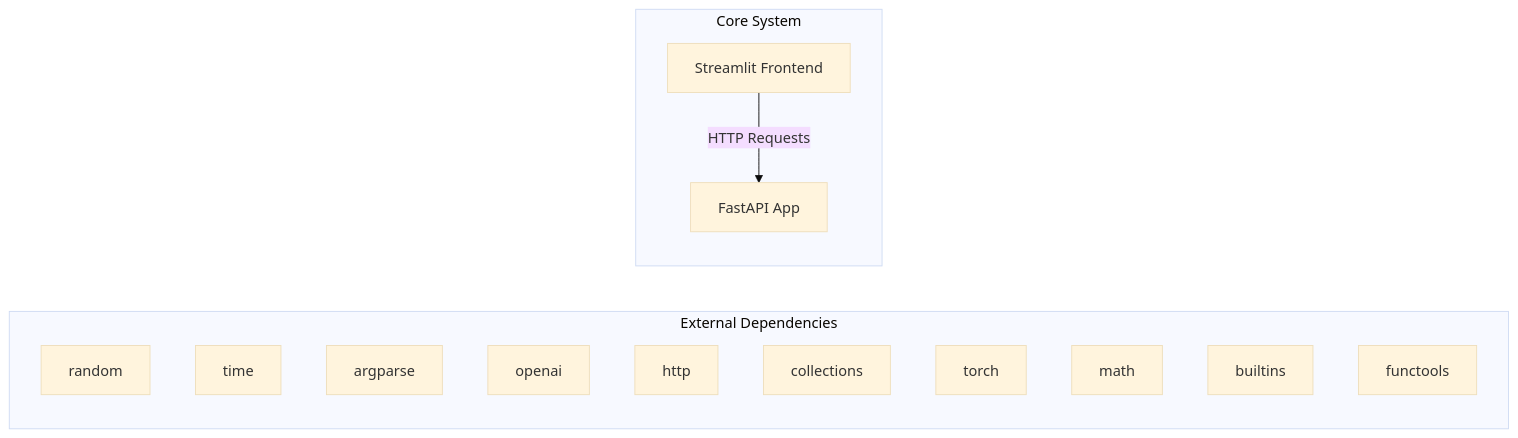
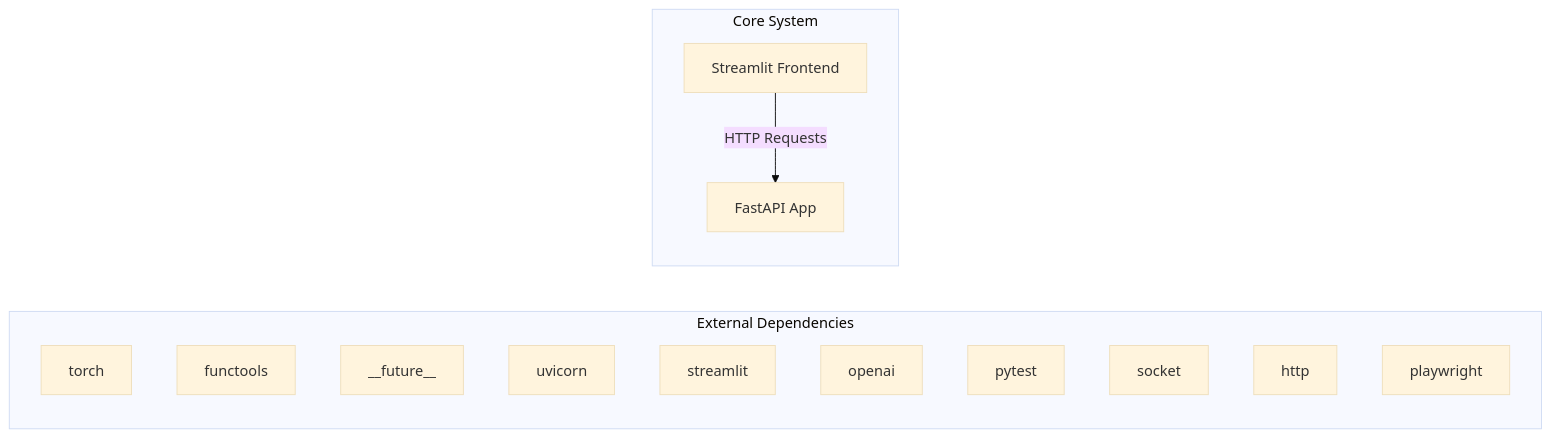
The first of 2 diagrams in docs/architecture.md (NITISH-R-G/rag-context-optimizer), drawn with Mermaid (base theme) before and after one commit. The commit also changed 1 other file, not shown here.

Commit message:
docs: auto-update repository knowledge, architecture diagrams, and documentation

````diff
--- a/docs/architecture.md
+++ b/docs/architecture.md
@@ -7,20 +7,20 @@
 ```mermaid
 graph LR
     subgraph External Dependencies
-        E0["random"]
-        E1["time"]
-        E2["argparse"]
-        E3["openai"]
-        E4["http"]
-        E5["collections"]
-        E6["torch"]
-        E7["math"]
-        E8["builtins"]
-        E9["functools"]
+        E0["torch"]
+        E1["functools"]
+        E2["__future__"]
+        E3["uvicorn"]
+        E4["streamlit"]
+        E5["openai"]
+        E6["pytest"]
+        E7["socket"]
+        E8["http"]
+        E9["playwright"]
     end
     subgraph Core System
         API["FastAPI App"]
         UI["Streamlit Frontend"]
     end
     UI -->|HTTP Requests| API
 ```
````
